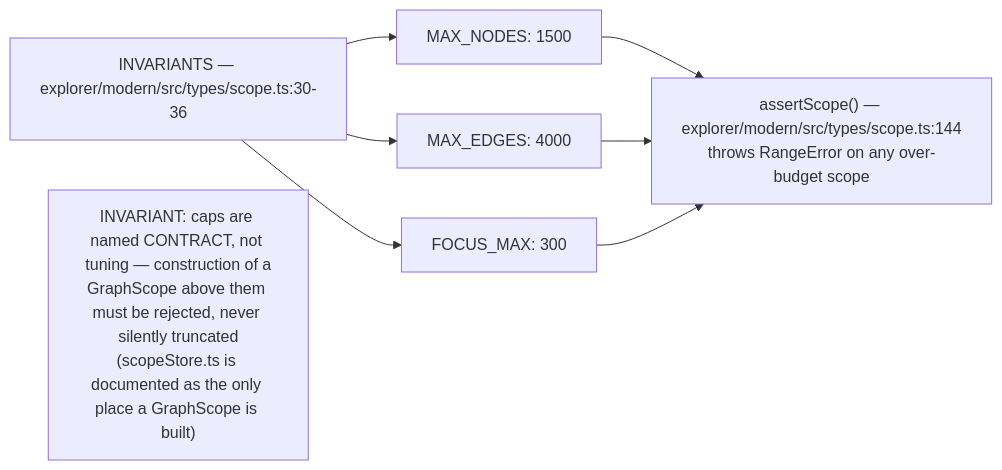
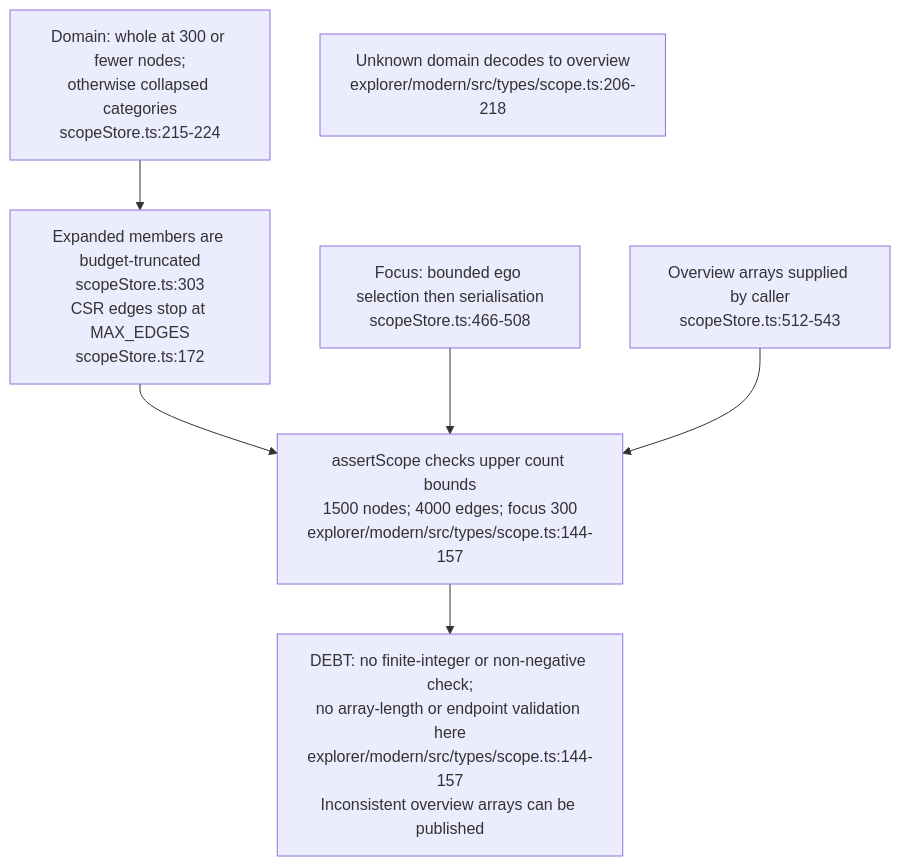
Before and after one commit to DreamLab-AI/VisionFlow: the third of 5 diagrams in docs/diagrams/knowledgegraph/04-explorer-and-site-build.md, drawn with Mermaid. The commit also changed other lines of this file and 18 other files, not shown here.

````diff
--- a/docs/diagrams/knowledgegraph/04-explorer-and-site-build.md
+++ b/docs/diagrams/knowledgegraph/04-explorer-and-site-build.md
@@ -64,13 +84,14 @@
 ```mermaid
-flowchart LR
-    INV["INVARIANTS — explorer/modern/src/types/scope.ts:30-36"]
-    MN["MAX_NODES: 1500"]
-    ME["MAX_EDGES: 4000"]
-    FM["FOCUS_MAX: 300"]
-    INV --> MN & ME & FM
-    ASSERT["assertScope#40;#41; — explorer/modern/src/types/scope.ts:144<br/>throws RangeError on any over-budget scope"]
-    MN --> ASSERT
-    ME --> ASSERT
-    FM --> ASSERT
-    note1["INVARIANT: caps are named CONTRACT, not tuning — construction of a<br/>GraphScope above them must be rejected, never silently truncated<br/>(scopeStore.ts is documented as the only place a GraphScope is built)"]
+flowchart TB
+    DOMAIN["Domain: whole at 300 or fewer nodes;<br/>otherwise collapsed categories<br/>scopeStore.ts:215-224"]
+    CUT["Expanded members are budget-truncated<br/>scopeStore.ts:303<br/>CSR edges stop at MAX_EDGES<br/>scopeStore.ts:172"]
+    FOCUS["Focus: bounded ego selection then serialisation<br/>scopeStore.ts:466-508"]
+    OVER["Overview arrays supplied by caller<br/>scopeStore.ts:512-543"]
+    ASSERT["assertScope checks upper count bounds<br/>1500 nodes; 4000 edges; focus 300<br/>explorer/modern/src/types/scope.ts:144-157"]
+    DOMAIN --> CUT --> ASSERT
+    FOCUS --> ASSERT
+    OVER --> ASSERT
+    GAP["DEBT: no finite-integer or non-negative check;<br/>no array-length or endpoint validation here<br/>explorer/modern/src/types/scope.ts:144-157<br/>Inconsistent overview arrays can be published"]
+    ASSERT --> GAP
+    URL["Unknown domain decodes to overview<br/>explorer/modern/src/types/scope.ts:206-218"]
 ```
````
